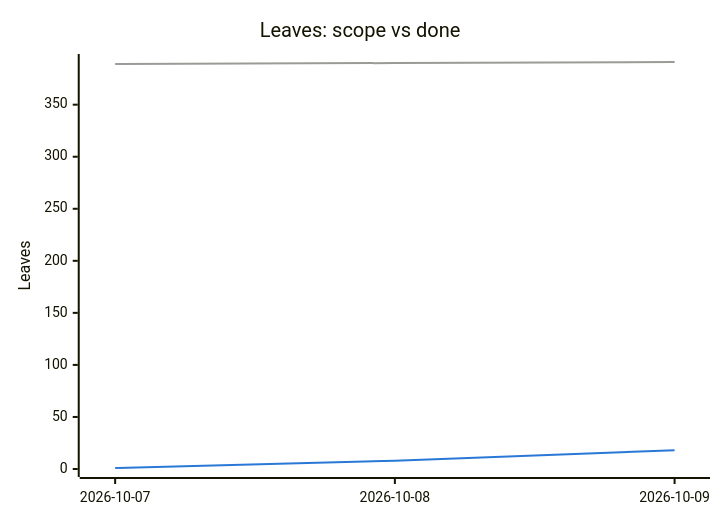
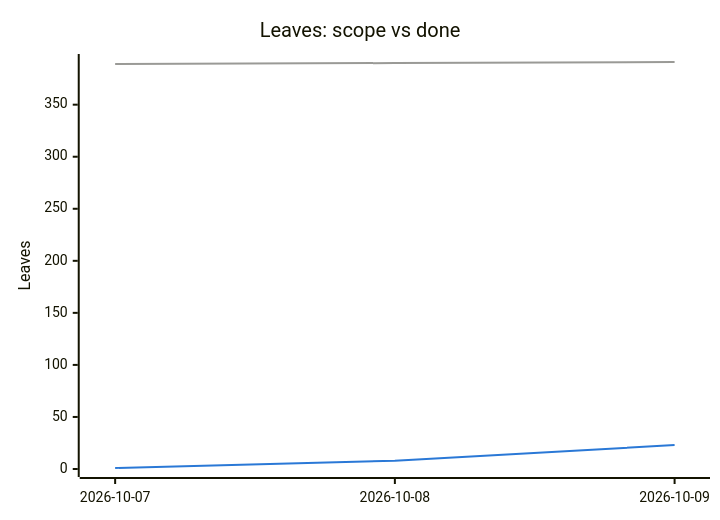
The second of 2 diagrams in PROGRESS.md (tomiok/persiaDB), drawn with Mermaid before and after one commit. The commit also changed other lines of this file and 2 other files, not shown here.

````diff
--- a/PROGRESS.md
+++ b/PROGRESS.md
@@ -97,14 +93,14 @@
 ```mermaid
 ---
 config:
   themeVariables:
     xyChart:
       plotColorPalette: "#9a9a96, #2a78d6"
 ---
 xychart-beta
   title "Leaves: scope vs done"
   x-axis ["2026-10-07", "2026-10-08", "2026-10-09"]
   y-axis "Leaves" 0 --> 391
   line [389, 390, 391]
-  line [1, 8, 18]
+  line [1, 8, 23]
 ```
````
